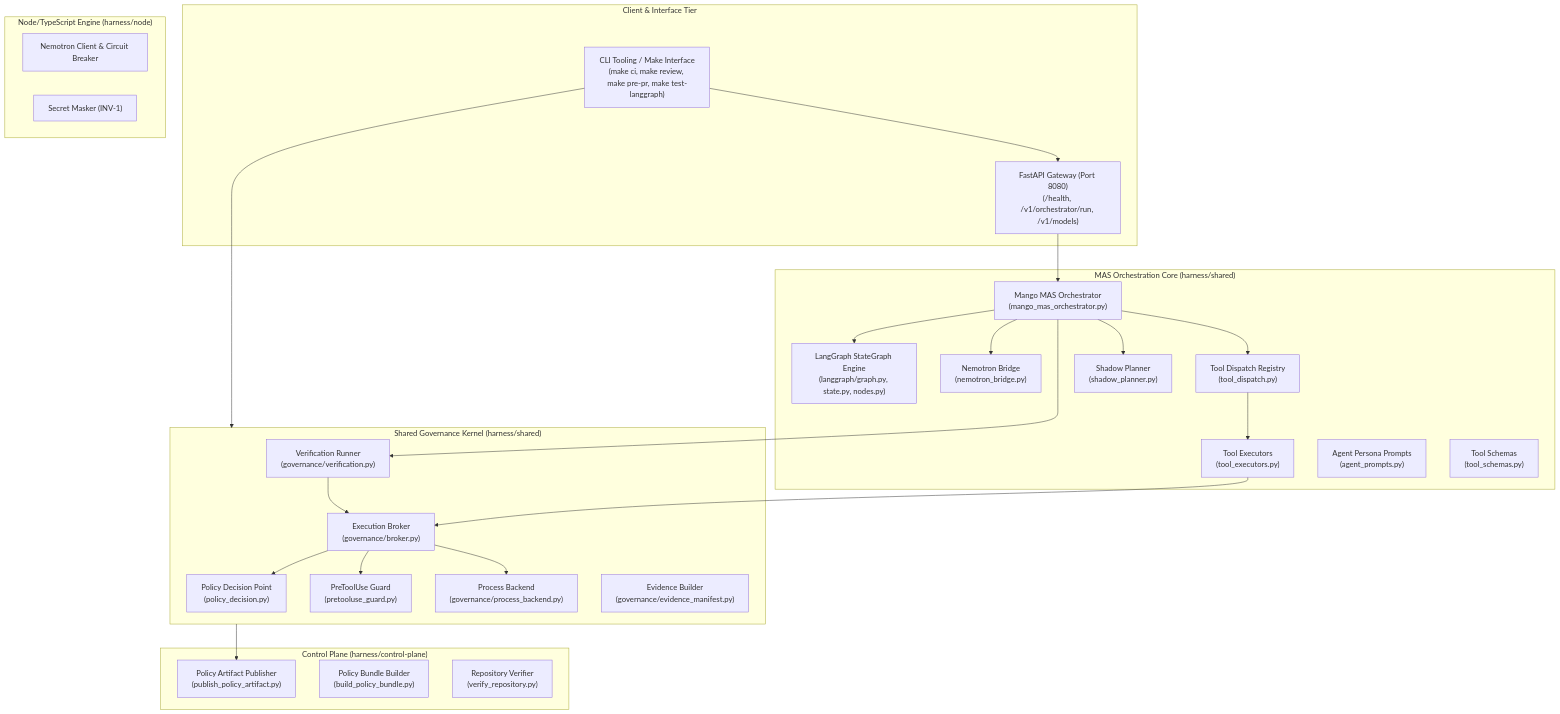
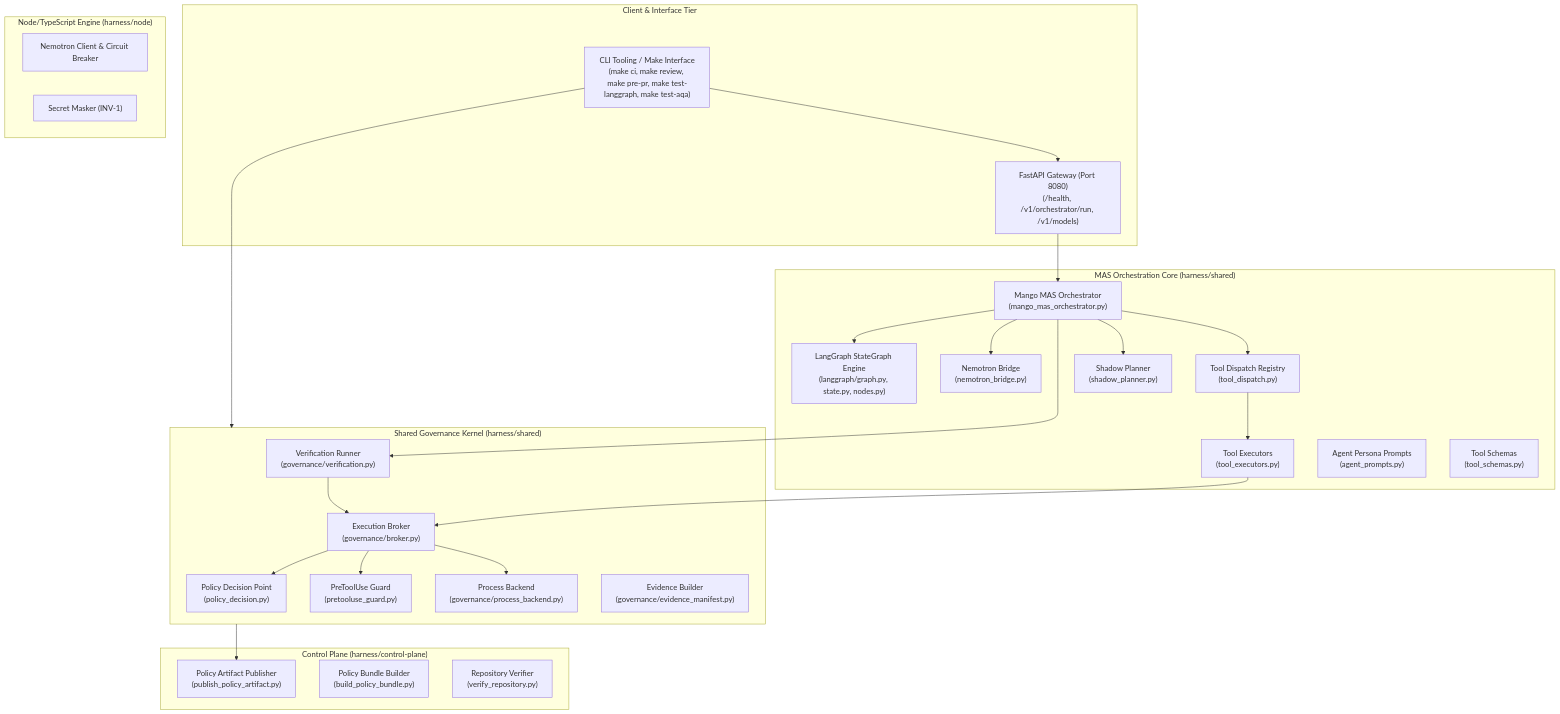
Before and after one commit to ianshank/Mango_Code_Agent-Harness: the second of 3 diagrams in docs/architecture/c4_architecture.md, drawn with Mermaid. The commit also changed other lines of this file and 13 other files, not shown here.

Commit message:
chore: full test suite, gap fill, nemotron aqa

````diff
--- a/docs/architecture/c4_architecture.md
+++ b/docs/architecture/c4_architecture.md
@@ -49,54 +49,54 @@
 ```mermaid
 graph TD
     subgraph Client_Plane ["Client & Interface Tier"]
-        CLI["CLI Tooling / Make Interface<br/>(make ci, make review, make pre-pr, make test-langgraph)"]
+        CLI["CLI Tooling / Make Interface<br/>(make ci, make review, make pre-pr, make test-langgraph, make test-aqa)"]
         APIServer["FastAPI Gateway (Port 8080)<br/>(/health, /v1/orchestrator/run, /v1/models)"]
     end
 
     subgraph Governance_Kernel ["Shared Governance Kernel (harness/shared)"]
         PDP["Policy Decision Point<br/>(policy_decision.py)"]
         PreToolGuard["PreToolUse Guard<br/>(pretooluse_guard.py)"]
         ExecBroker["Execution Broker<br/>(governance/broker.py)"]
         ProcBackend["Process Backend<br/>(governance/process_backend.py)"]
         VerifRunner["Verification Runner<br/>(governance/verification.py)"]
         AuditBuilder["Evidence Builder<br/>(governance/evidence_manifest.py)"]
     end
 
     subgraph Agentic_Orchestration ["MAS Orchestration Core (harness/shared)"]
         MAS["Mango MAS Orchestrator<br/>(mango_mas_orchestrator.py)"]
         LangGraph_Engine["LangGraph StateGraph Engine<br/>(langgraph/graph.py, state.py, nodes.py)"]
         Bridge["Nemotron Bridge<br/>(nemotron_bridge.py)"]
         Dispatch["Tool Dispatch Registry<br/>(tool_dispatch.py)"]
         Executors["Tool Executors<br/>(tool_executors.py)"]
         Prompts["Agent Persona Prompts<br/>(agent_prompts.py)"]
         Schemas["Tool Schemas<br/>(tool_schemas.py)"]
         Shadow["Shadow Planner<br/>(shadow_planner.py)"]
     end
 
     subgraph Node_Stack ["Node/TypeScript Engine (harness/node)"]
         NodeClient["Nemotron Client & Circuit Breaker"]
         SecretMasker["Secret Masker (INV-1)"]
     end
 
     subgraph Control_Plane ["Control Plane (harness/control-plane)"]
         PolicyArtifact["Policy Artifact Publisher<br/>(publish_policy_artifact.py)"]
         BundleBuilder["Policy Bundle Builder<br/>(build_policy_bundle.py)"]
         RepoVerifier["Repository Verifier<br/>(verify_repository.py)"]
     end
 
     CLI --> APIServer
     CLI --> Governance_Kernel
     APIServer --> MAS
     MAS --> LangGraph_Engine
     MAS --> Bridge
     MAS --> Dispatch
     Dispatch --> Executors
     Executors --> ExecBroker
     ExecBroker --> PDP
     ExecBroker --> PreToolGuard
     ExecBroker --> ProcBackend
     MAS --> VerifRunner
     VerifRunner --> ExecBroker
     MAS --> Shadow
     Governance_Kernel --> PolicyArtifact
 ```
````
